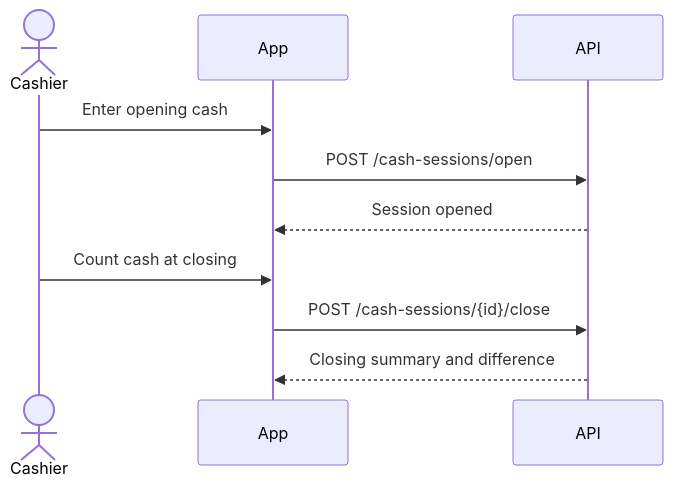
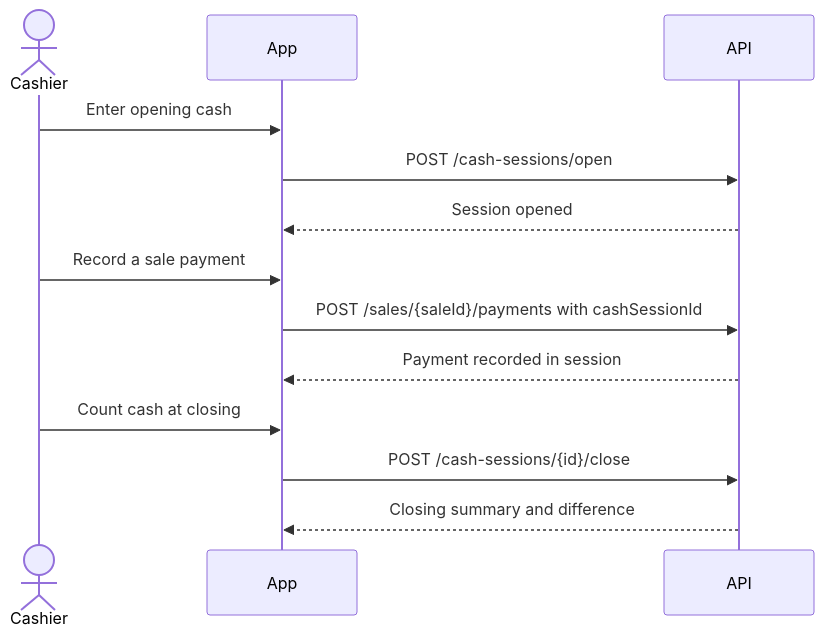
Before and after one commit to SimpliaDz/simpliadz-platform: the seventh of 22 diagrams in features.md, drawn with Mermaid. The commit also changed other lines of this file and 28 other files, not shown here.

````diff
--- a/features.md
+++ b/features.md
@@ -152,12 +152,15 @@
 ```mermaid
 sequenceDiagram
     actor Cashier
     participant App
     participant API
     Cashier->>App: Enter opening cash
     App->>API: POST /cash-sessions/open
     API-->>App: Session opened
+    Cashier->>App: Record a sale payment
+    App->>API: POST /sales/{saleId}/payments with cashSessionId
+    API-->>App: Payment recorded in session
     Cashier->>App: Count cash at closing
     App->>API: POST /cash-sessions/{id}/close
     API-->>App: Closing summary and difference
 ```
````
